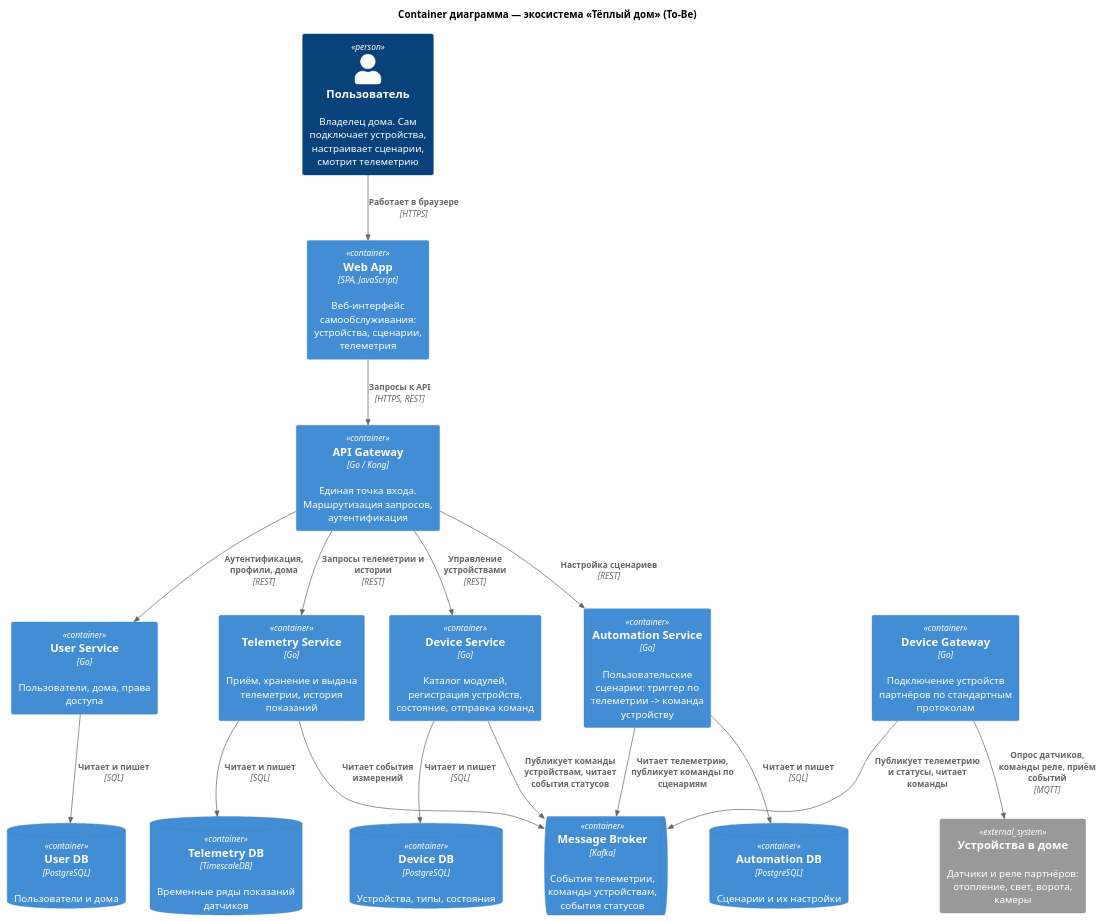
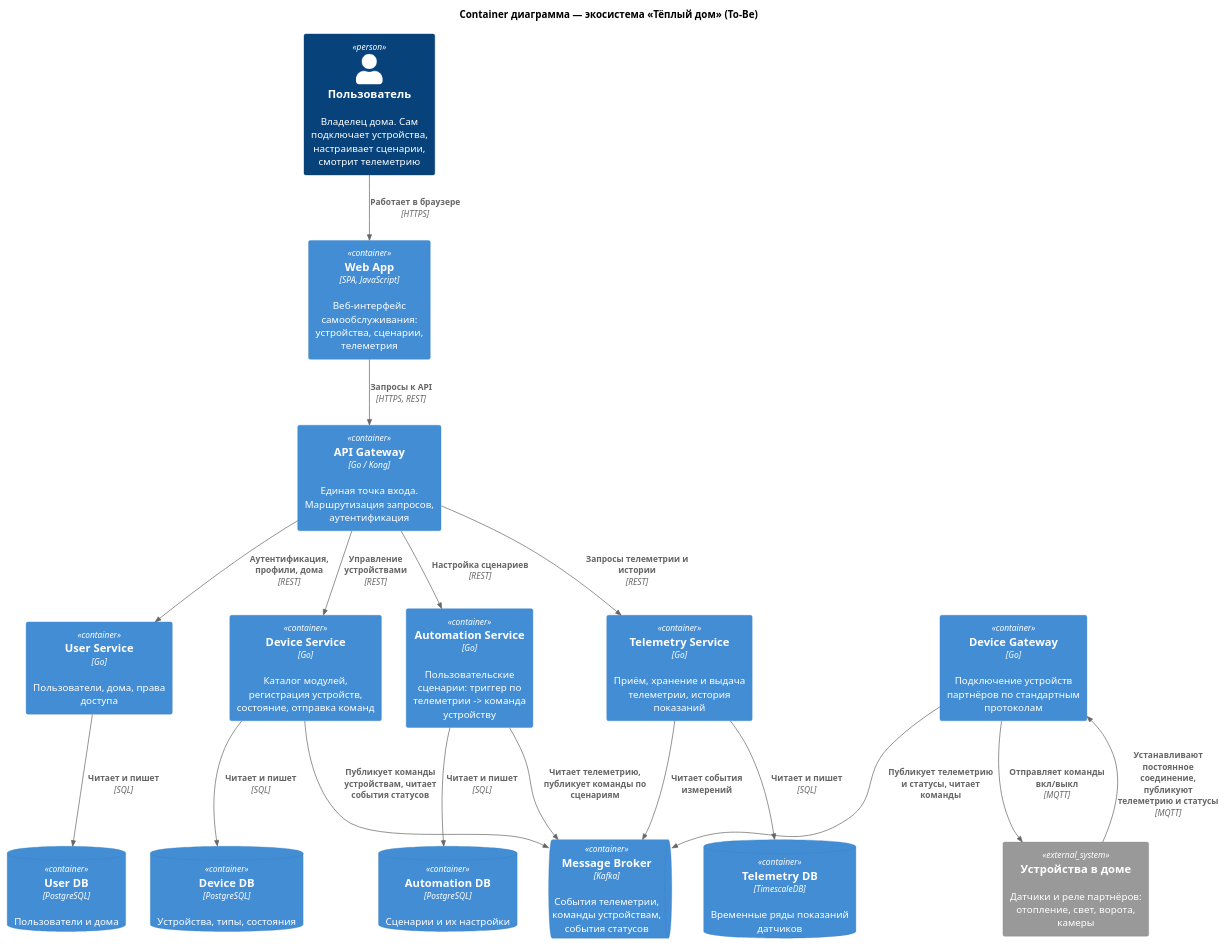
One commit to dmitriy-dorofeev/architecture-warmhouse changed the diagram in diagrams/container/warmhouse-containers.puml. Above: the diagram before and after it, drawn with PlantUML. The commit also changed 4 other files, not shown here.

Commit message:
Задание 3, ER-диаграмма.

```diff
--- a/diagrams/container/warmhouse-containers.puml
+++ b/diagrams/container/warmhouse-containers.puml
@@ -1,48 +1,49 @@
 @startuml warmhouse-containers
 !include https://raw.githubusercontent.com/plantuml-stdlib/C4-PlantUML/master/C4_Container.puml
 
 title Container диаграмма — экосистема «Тёплый дом» (To-Be)
 
 Person(user, "Пользователь", "Владелец дома. Сам подключает устройства, настраивает сценарии, смотрит телеметрию")
 
 Container(web, "Web App", "SPA, JavaScript", "Веб-интерфейс самообслуживания: устройства, сценарии, телеметрия")
 Container(gateway, "API Gateway", "Go / Kong", "Единая точка входа. Маршрутизация запросов, аутентификация")
 
 Container(user_svc, "User Service", "Go", "Пользователи, дома, права доступа")
 ContainerDb(user_db, "User DB", "PostgreSQL", "Пользователи и дома")
 
 Container(device_svc, "Device Service", "Go", "Каталог модулей, регистрация устройств, состояние, отправка команд")
 ContainerDb(device_db, "Device DB", "PostgreSQL", "Устройства, типы, состояния")
 
 Container(telemetry_svc, "Telemetry Service", "Go", "Приём, хранение и выдача телеметрии, история показаний")
 ContainerDb(telemetry_db, "Telemetry DB", "TimescaleDB", "Временные ряды показаний датчиков")
 
 Container(automation_svc, "Automation Service", "Go", "Пользовательские сценарии: триггер по телеметрии -> команда устройству")
 ContainerDb(automation_db, "Automation DB", "PostgreSQL", "Сценарии и их настройки")
 
 Container(device_gw, "Device Gateway", "Go", "Подключение устройств партнёров по стандартным протоколам")
 ContainerQueue(kafka, "Message Broker", "Kafka", "События телеметрии, команды устройствам, события статусов")
 
 System_Ext(devices, "Устройства в доме", "Датчики и реле партнёров: отопление, свет, ворота, камеры")
 
 Rel(user, web, "Работает в браузере", "HTTPS")
 Rel(web, gateway, "Запросы к API", "HTTPS, REST")
 
 Rel(gateway, user_svc, "Аутентификация, профили, дома", "REST")
 Rel(gateway, device_svc, "Управление устройствами", "REST")
 Rel(gateway, telemetry_svc, "Запросы телеметрии и истории", "REST")
 Rel(gateway, automation_svc, "Настройка сценариев", "REST")
 
 Rel(user_svc, user_db, "Читает и пишет", "SQL")
 Rel(device_svc, device_db, "Читает и пишет", "SQL")
 Rel(telemetry_svc, telemetry_db, "Читает и пишет", "SQL")
 Rel(automation_svc, automation_db, "Читает и пишет", "SQL")
 
 Rel(device_svc, kafka, "Публикует команды устройствам, читает события статусов")
 Rel(automation_svc, kafka, "Читает телеметрию, публикует команды по сценариям")
 Rel(telemetry_svc, kafka, "Читает события измерений")
 Rel(device_gw, kafka, "Публикует телеметрию и статусы, читает команды")
 
-Rel(device_gw, devices, "Опрос датчиков, команды реле, приём событий", "MQTT")
+Rel(devices, device_gw, "Устанавливают постоянное соединение, публикуют телеметрию и статусы", "MQTT")
+Rel(device_gw, devices, "Отправляет команды вкл/выкл", "MQTT")
 
 @enduml
```
